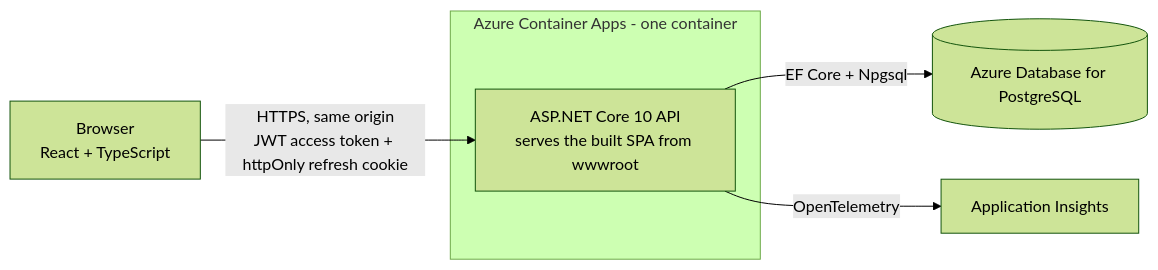
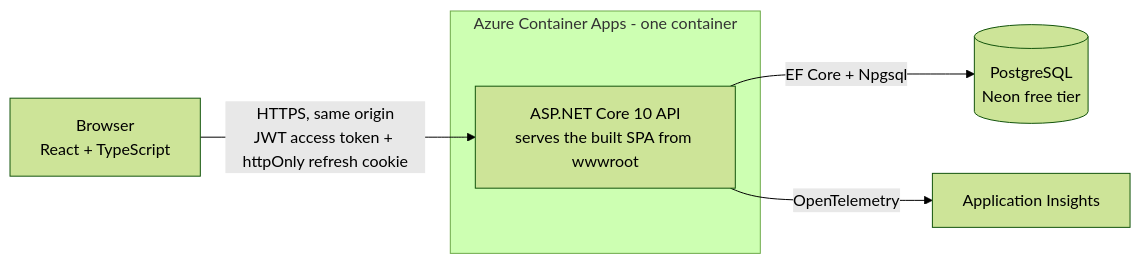
One commit to letriluan/software_project changed the first of 3 diagrams in README.md. Above: the diagram before and after it, drawn with Mermaid (forest theme). The commit also changed other lines of this file and 4 other files, not shown here.

First line of the commit message:
Deploy: free Azure setup (Container Apps + Neon), log cap, budget alert, Bicep check in CI

````diff
--- a/README.md
+++ b/README.md
@@ -37,9 +37,9 @@
 ```mermaid
 flowchart LR
     B[Browser<br/>React + TypeScript] -->|HTTPS, same origin<br/>JWT access token + httpOnly refresh cookie| A
     subgraph ACA[Azure Container Apps - one container]
       A[ASP.NET Core 10 API<br/>serves the built SPA from wwwroot]
     end
-    A -->|EF Core + Npgsql| P[(Azure Database for PostgreSQL)]
+    A -->|EF Core + Npgsql| P[(PostgreSQL<br/>Neon free tier)]
     A -->|OpenTelemetry| I[Application Insights]
 ```
````
